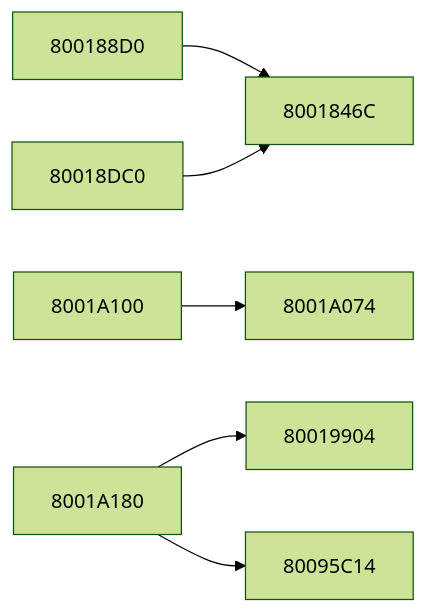
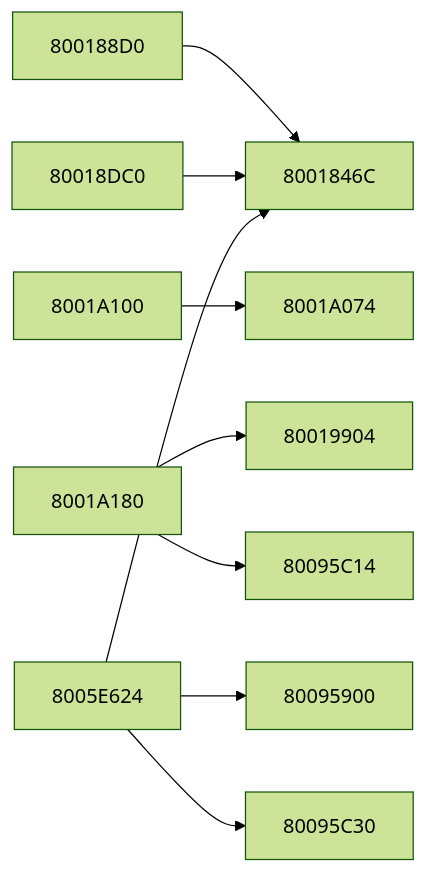
One commit to kai-luni/Future-Cop-L.A.P.D-PS1 changed the tenth of 11 diagrams in docs/FUNCTION_MAP.md. Above: the diagram before and after it, drawn with Mermaid (forest theme). The commit also changed other lines of this file, not shown here.

````diff
--- a/docs/FUNCTION_MAP.md
+++ b/docs/FUNCTION_MAP.md
@@ -1283,16 +1644,22 @@
 ```mermaid
 graph LR
     f800188d0 --> f8001846c
     f80018dc0 --> f8001846c
     f8001a100 --> f8001a074
     f8001a180 --> f80019904
     f8001a180 --> f80095c14
+    f8005e624 --> f8001846c
+    f8005e624 --> f80095900
+    f8005e624 --> f80095c30
     f8001846c["8001846C"]
     f800188d0["800188D0"]
     f80018dc0["80018DC0"]
     f80019904["80019904"]
     f8001a074["8001A074"]
     f8001a100["8001A100"]
     f8001a180["8001A180"]
+    f8005e624["8005E624"]
+    f80095900["80095900"]
     f80095c14["80095C14"]
+    f80095c30["80095C30"]
 ```
````
